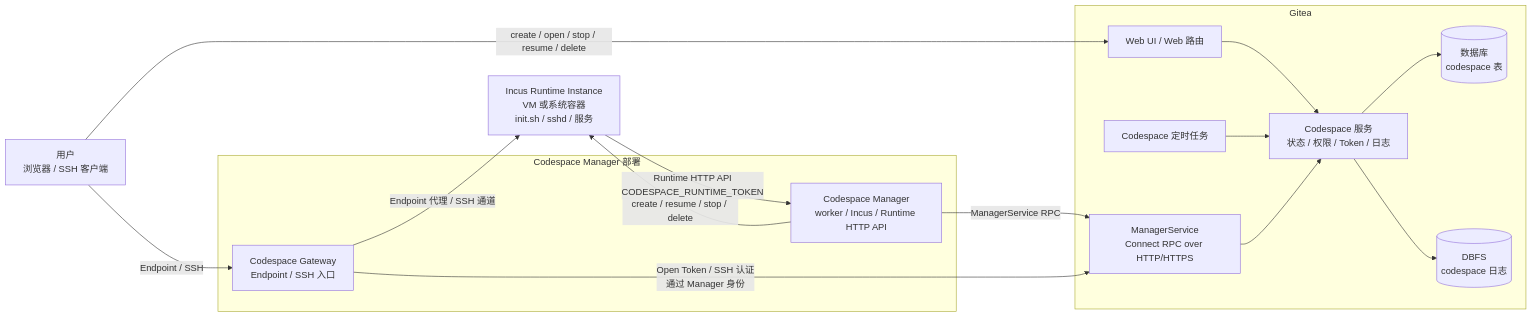
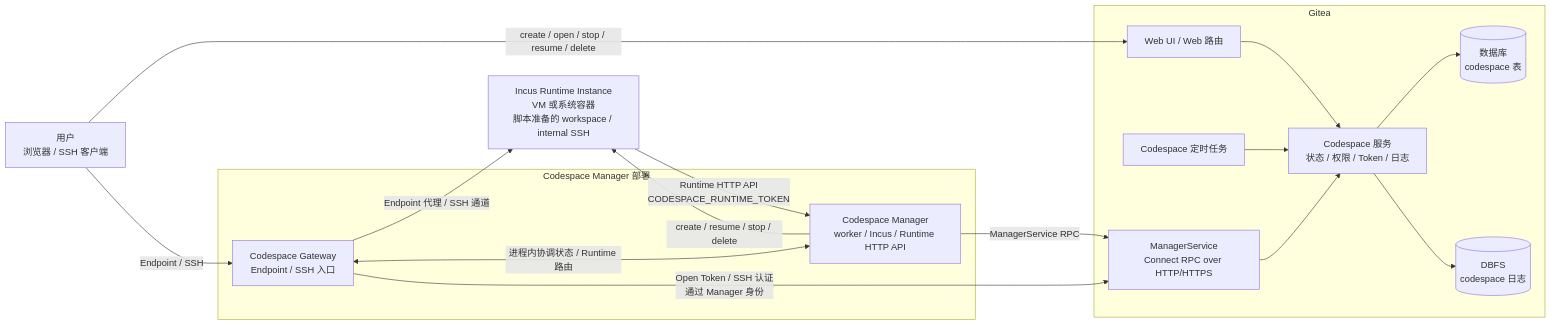
Before and after one commit to ExplodingDragon/gitea-dev: the first of 2 diagrams in src/README.md, drawn with Mermaid. The commit also changed other lines of this file and 11 other files, not shown here.

````diff
--- a/src/README.md
+++ b/src/README.md
@@ -22,37 +22,38 @@
 ```mermaid
 flowchart LR
     User["用户<br/>浏览器 / SSH 客户端"]
 
     subgraph Gitea["Gitea"]
         Web["Web UI / Web 路由"]
         ManagerRPC["ManagerService<br/>Connect RPC over HTTP/HTTPS"]
         Service["Codespace 服务<br/>状态 / 权限 / Token / 日志"]
         Cron["Codespace 定时任务"]
         DB[("数据库<br/>codespace 表")]
         DBFS[("DBFS<br/>codespace 日志")]
     end
 
     subgraph ManagerDeployment["Codespace Manager 部署"]
         Manager["Codespace Manager<br/>worker / Incus / Runtime HTTP API"]
         Gateway["Codespace Gateway<br/>Endpoint / SSH 入口"]
     end
 
-    Runtime["Incus Runtime Instance<br/>VM 或系统容器<br/>init.sh / sshd / 服务"]
+    Runtime["Incus Runtime Instance<br/>VM 或系统容器<br/>脚本准备的 workspace / internal SSH"]
 
     User -->|"create / open / stop / resume / delete"| Web
     User -->|"Endpoint / SSH"| Gateway
 
     Web --> Service
     Service --> DB
     Service --> DBFS
     Cron --> Service
 
     Manager -->|"ManagerService RPC"| ManagerRPC
     ManagerRPC --> Service
 
     Runtime -->|"Runtime HTTP API<br/>CODESPACE_RUNTIME_TOKEN"| Manager
     Manager -->|"create / resume / stop / delete"| Runtime
 
     Gateway -->|"Open Token / SSH 认证<br/>通过 Manager 身份"| ManagerRPC
     Gateway -->|"Endpoint 代理 / SSH 通道"| Runtime
+    Manager <-->|"进程内协调状态 / Runtime 路由"| Gateway
 ```
````
